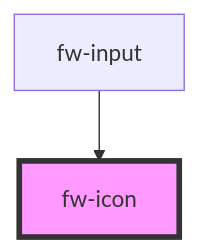
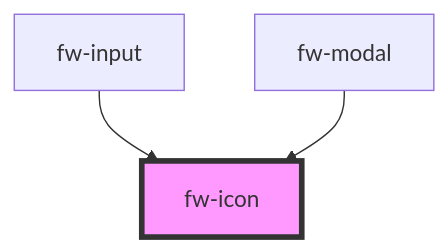
The diagram in src/components/icon/readme.md (freshworks/crayons), drawn with Mermaid before and after one commit. The commit also changed other lines of this file and 8 other files, not shown here.

````diff
--- a/src/components/icon/readme.md
+++ b/src/components/icon/readme.md
@@ -41,5 +42,6 @@
 ```mermaid
 graph TD;
   fw-input --> fw-icon
+  fw-modal --> fw-icon
   style fw-icon fill:#f9f,stroke:#333,stroke-width:4px
 ```
````
